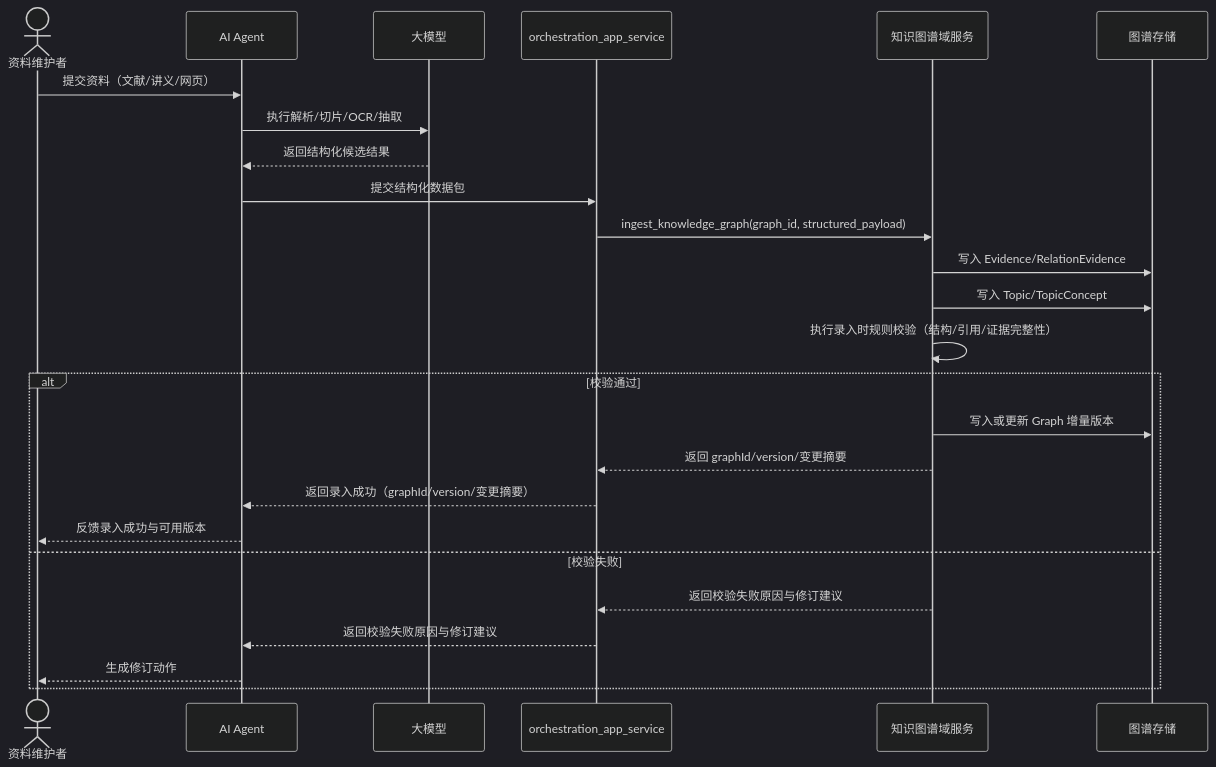
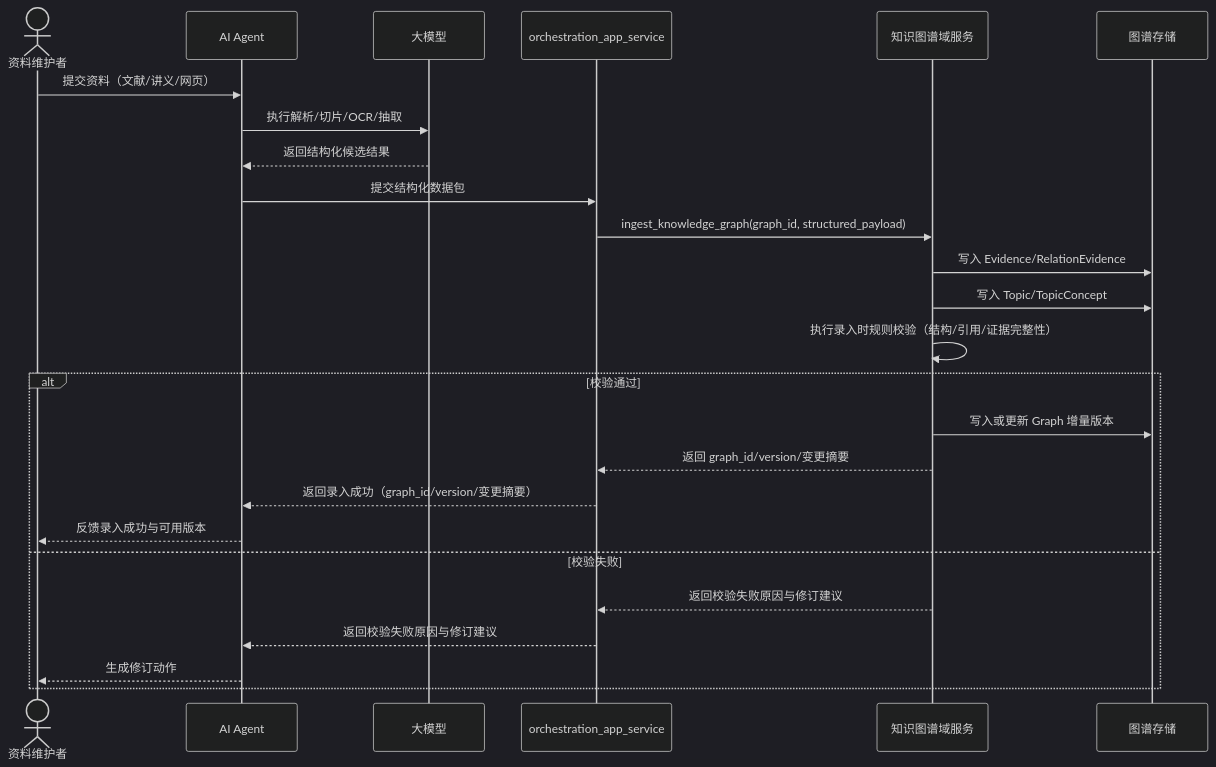
Before and after one commit to alavten/learn-socratic: the second of 7 diagrams in docs/architecture-design.md, drawn with Mermaid (dark theme). The commit also changed other lines of this file and 13 other files, not shown here.

````diff
--- a/docs/architecture-design.md
+++ b/docs/architecture-design.md
@@ -96,28 +111,28 @@
 ```mermaid
 sequenceDiagram
   actor Author as 资料维护者
   participant Agent as AI Agent
   participant LLM as 大模型
   participant Orchestrator as orchestration_app_service
   participant KG as 知识图谱域服务
   participant Store as 图谱存储
 
   Author->>Agent: 提交资料（文献/讲义/网页）
   Agent->>LLM: 执行解析/切片/OCR/抽取
   LLM-->>Agent: 返回结构化候选结果
   Agent->>Orchestrator: 提交结构化数据包
   Orchestrator->>KG: ingest_knowledge_graph(graph_id, structured_payload)
   KG->>Store: 写入 Evidence/RelationEvidence
   KG->>Store: 写入 Topic/TopicConcept
   KG->>KG: 执行录入时规则校验（结构/引用/证据完整性）
   alt 校验通过
     KG->>Store: 写入或更新 Graph 增量版本
-    KG-->>Orchestrator: 返回 graphId/version/变更摘要
-    Orchestrator-->>Agent: 返回录入成功（graphId/version/变更摘要）
+    KG-->>Orchestrator: 返回 graph_id/version/变更摘要
+    Orchestrator-->>Agent: 返回录入成功（graph_id/version/变更摘要）
     Agent-->>Author: 反馈录入成功与可用版本
   else 校验失败
     KG-->>Orchestrator: 返回校验失败原因与修订建议
     Orchestrator-->>Agent: 返回校验失败原因与修订建议
     Agent-->>Author: 生成修订动作
   end
 ```
````
